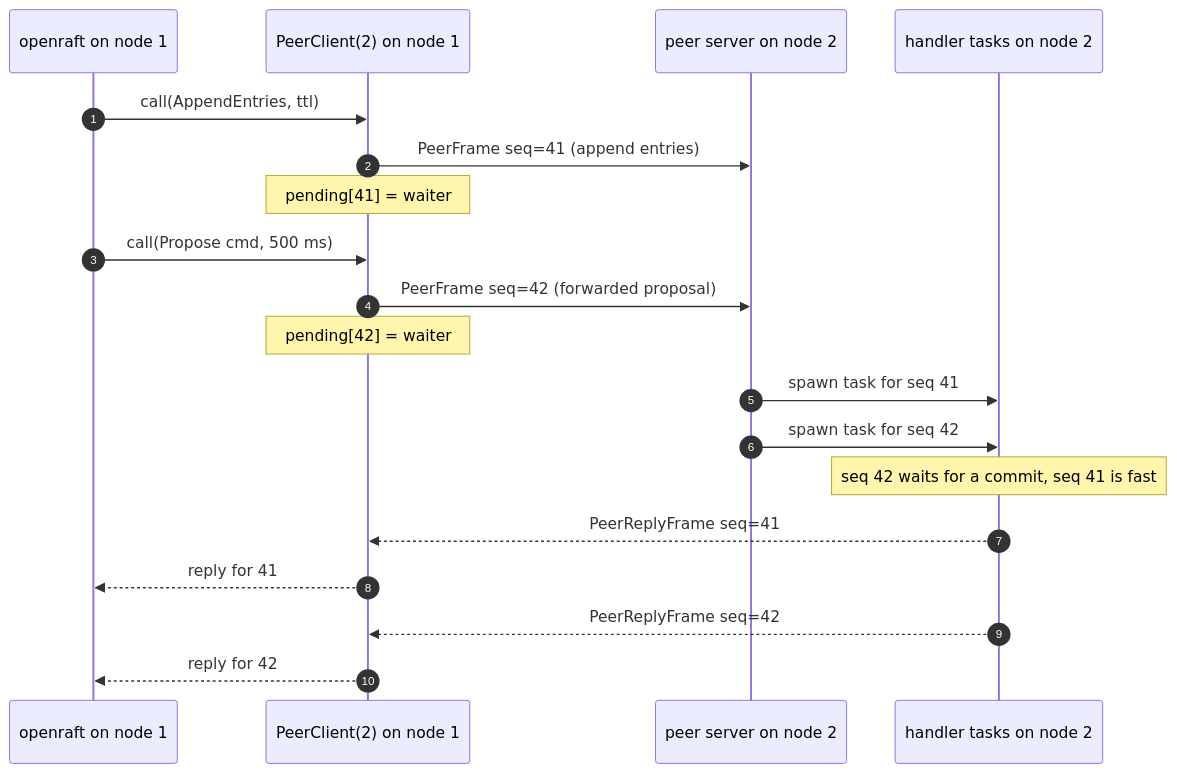
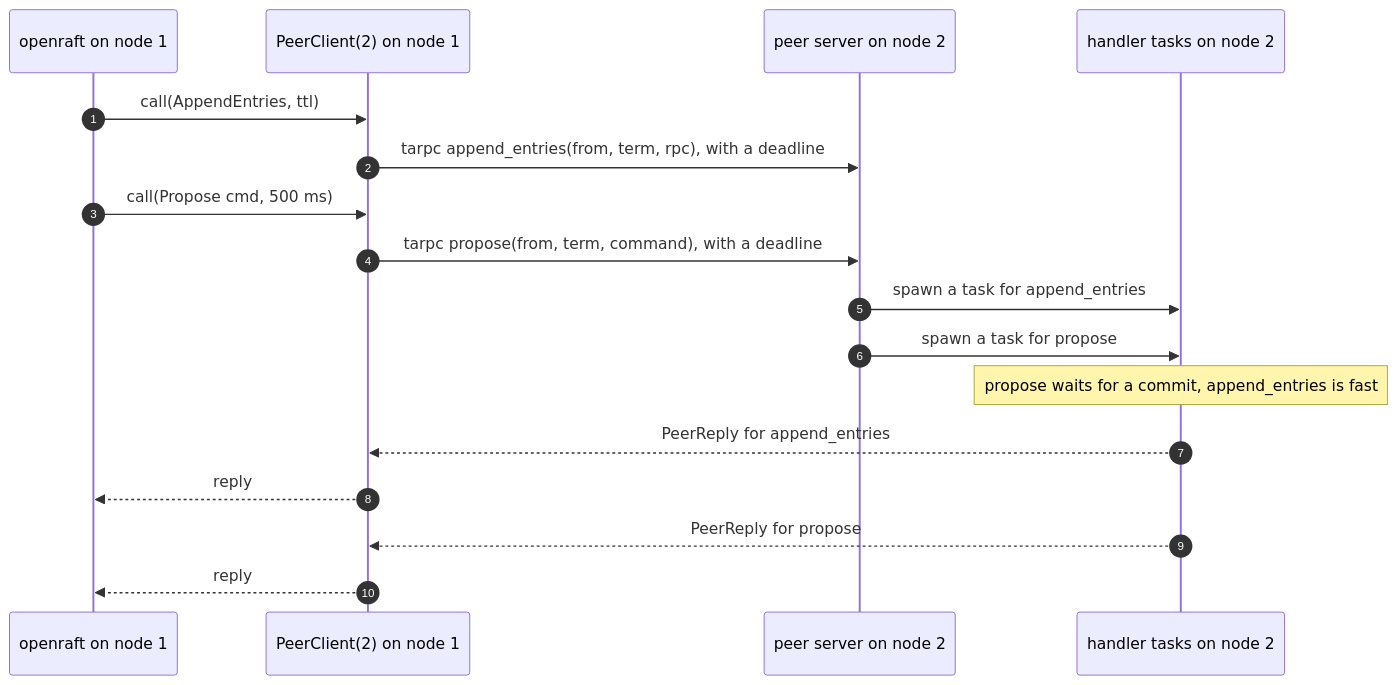
One commit to noortaytoy1/DistributedSystems changed the fifth of 28 diagrams in docs/architecture.md. Above: the diagram before and after it, drawn with Mermaid. The commit also changed other lines of this file, not shown here.

Commit message:
Show tarpc peer calls in the architecture document

````diff
--- a/docs/architecture.md
+++ b/docs/architecture.md
@@ -291,21 +291,19 @@
 ```mermaid
 sequenceDiagram
     autonumber
     participant R as openraft on node 1
     participant PC as PeerClient(2) on node 1
     participant S as peer server on node 2
     participant H as handler tasks on node 2
     R->>PC: call(AppendEntries, ttl)
-    PC->>S: PeerFrame seq=41 (append entries)
-    Note over PC: pending[41] = waiter
+    PC->>S: tarpc append_entries(from, term, rpc), with a deadline
     R->>PC: call(Propose cmd, 500 ms)
-    PC->>S: PeerFrame seq=42 (forwarded proposal)
-    Note over PC: pending[42] = waiter
-    S->>H: spawn task for seq 41
-    S->>H: spawn task for seq 42
-    Note over H: seq 42 waits for a commit, seq 41 is fast
-    H-->>PC: PeerReplyFrame seq=41
-    PC-->>R: reply for 41
-    H-->>PC: PeerReplyFrame seq=42
-    PC-->>R: reply for 42
+    PC->>S: tarpc propose(from, term, command), with a deadline
+    S->>H: spawn a task for append_entries
+    S->>H: spawn a task for propose
+    Note over H: propose waits for a commit, append_entries is fast
+    H-->>PC: PeerReply for append_entries
+    PC-->>R: reply
+    H-->>PC: PeerReply for propose
+    PC-->>R: reply
 ```
````
